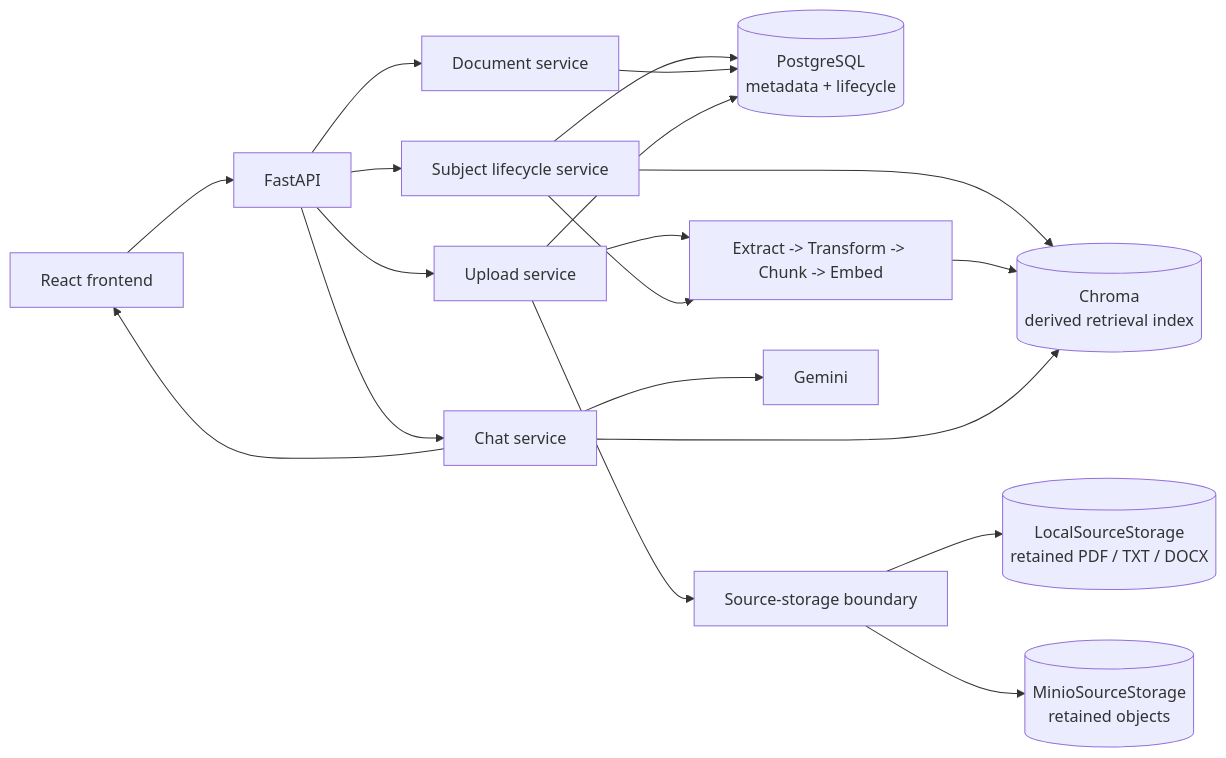
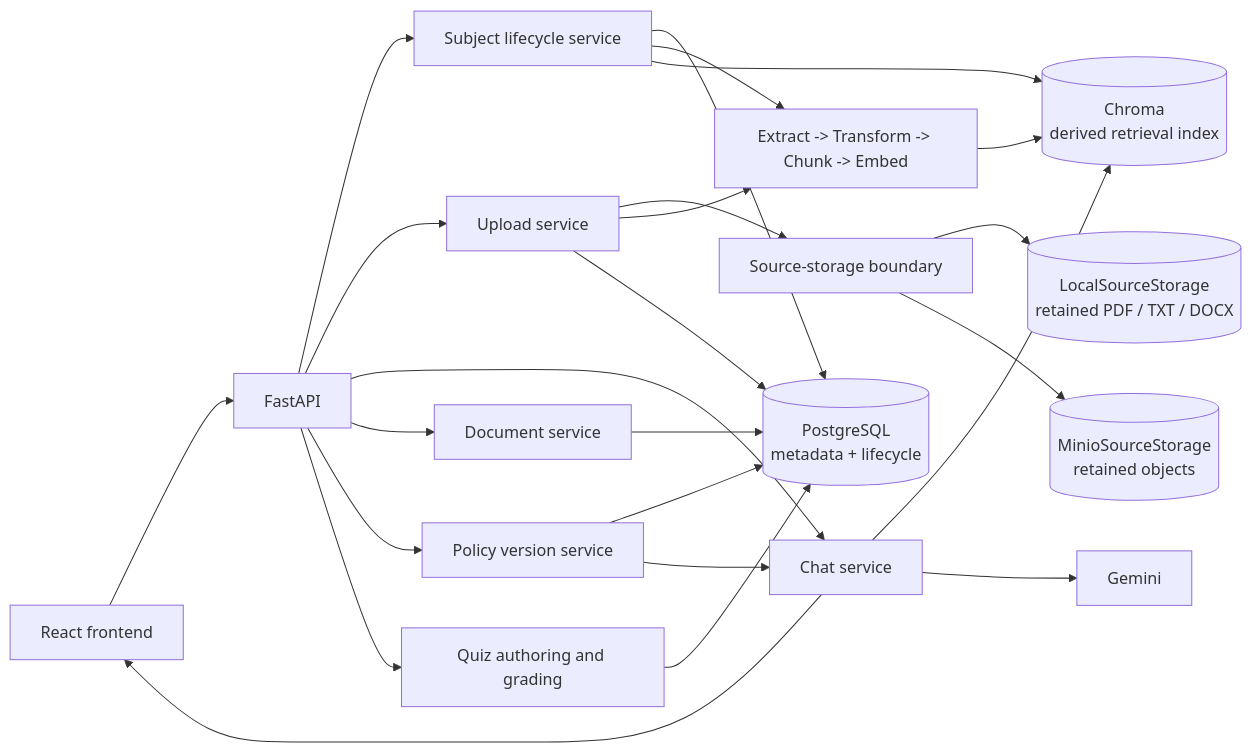
One commit to tonthatgiahuy16/CloudMentor-AI changed the diagram in README.md. Above: the diagram before and after it, drawn with Mermaid. The commit also changed other lines of this file and 6 other files, not shown here.

Commit message:
docs: update enterprise policy architecture, status, and verification evidence

````diff
--- a/README.md
+++ b/README.md
@@ -117,23 +121,28 @@
 ```mermaid
 flowchart LR
     UI[React frontend] --> API[FastAPI]
     API --> SUBJECTS[Subject lifecycle service]
     API --> UPLOAD[Upload service]
     API --> CHAT[Chat service]
     API --> DOCS[Document service]
+    API --> VERSIONS[Policy version service]
+    API --> QUIZZES[Quiz authoring and grading]
 
     SUBJECTS --> PG[(PostgreSQL\nmetadata + lifecycle)]
     DOCS --> PG
+    VERSIONS --> PG
+    QUIZZES --> PG
     UPLOAD --> STORAGE[Source-storage boundary]
     STORAGE --> FILES[(LocalSourceStorage\nretained PDF / TXT / DOCX)]
     STORAGE --> MINIO[(MinioSourceStorage\nretained objects)]
     UPLOAD --> PIPELINE[Extract -> Transform -> Chunk -> Embed]
     SUBJECTS --> PIPELINE
     SUBJECTS --> CHROMA
     PIPELINE --> CHROMA[(Chroma\nderived retrieval index)]
     UPLOAD --> PG
 
     CHAT --> CHROMA
+    VERSIONS --> CHAT
     CHAT --> LLM[Gemini]
     CHAT --> UI
 ```
````
